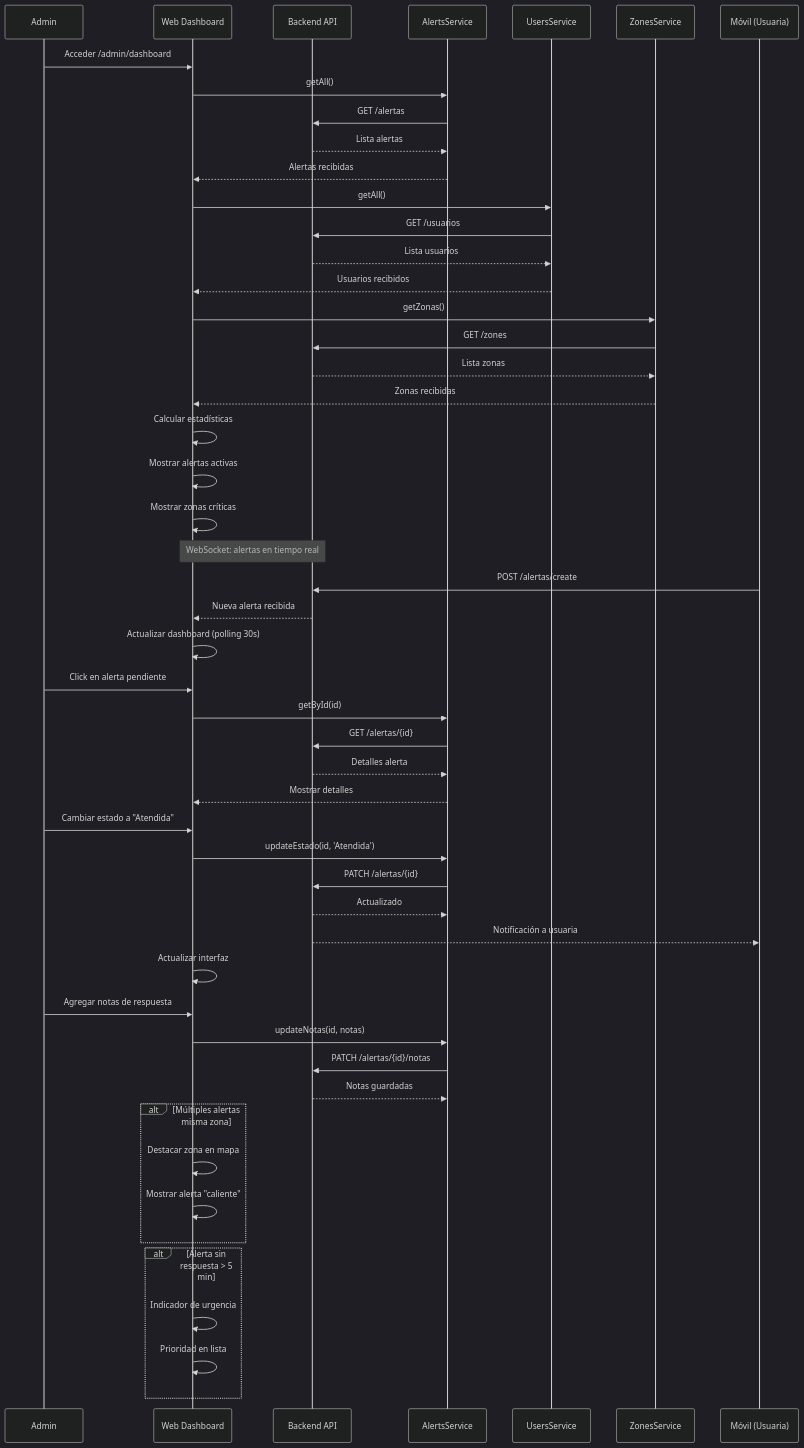
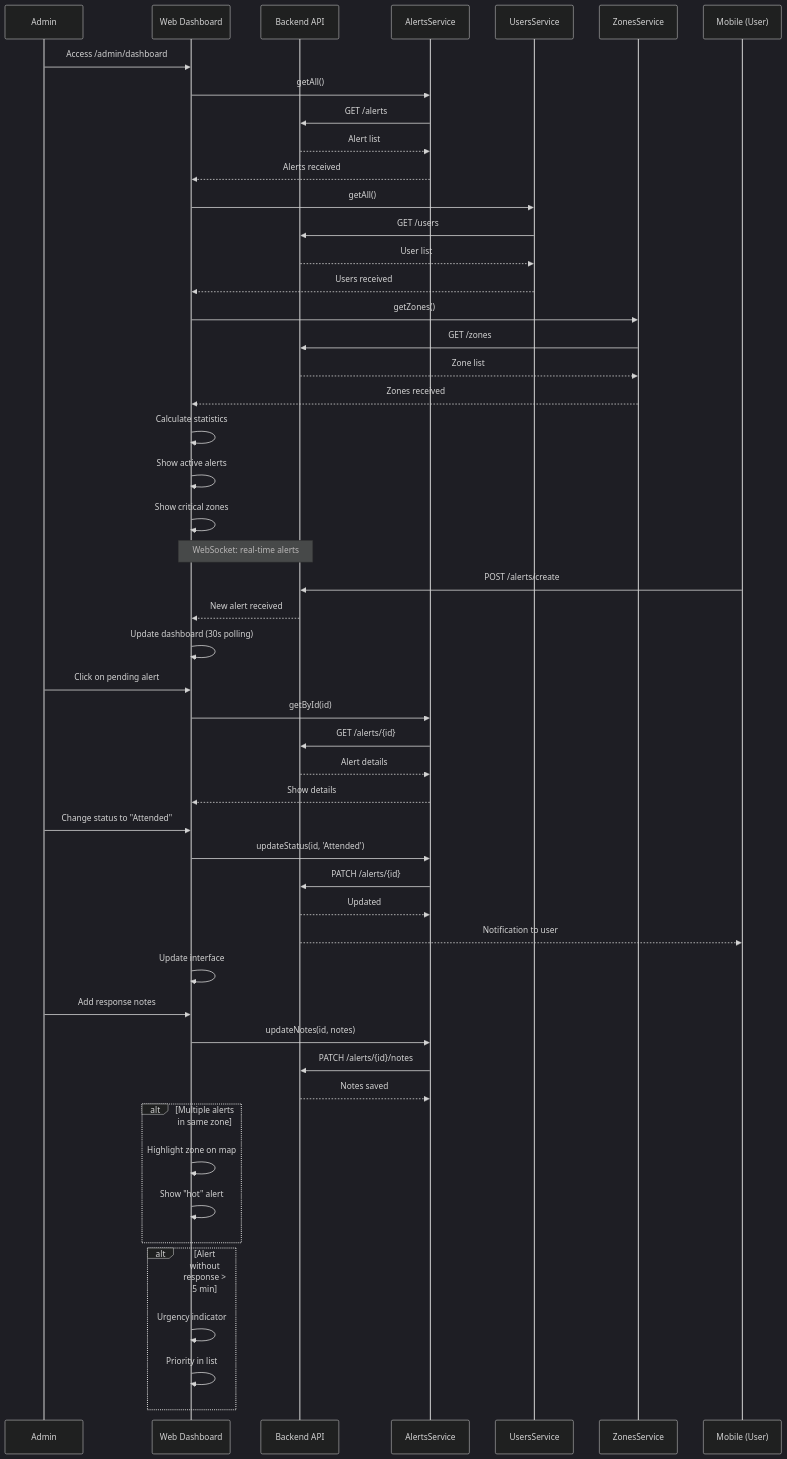
The third of 3 diagrams in 12-ux-ui/navigation-map.md (code-sena/wal-docs), drawn with Mermaid (dark theme) before and after one commit. The commit also changed other lines of this file and 17 other files, not shown here.

Commit message:
docs: update core documentation across modules, architecture, and requirements

````diff
--- a/12-ux-ui/navigation-map.md
+++ b/12-ux-ui/navigation-map.md
@@ -289,63 +289,63 @@
 ```mermaid
 sequenceDiagram
     participant A as Admin
     participant WD as Web Dashboard
     participant API as Backend API
     participant AS as AlertsService
     participant US as UsersService
     participant ZS as ZonesService
-    participant M as Móvil (Usuaria)
+    participant M as Mobile (User)
 
-    A->>WD: Acceder /admin/dashboard
+    A->>WD: Access /admin/dashboard
     WD->>AS: getAll()
-    AS->>API: GET /alertas
-    API-->>AS: Lista alertas
-    AS-->>WD: Alertas recibidas
-    
+    AS->>API: GET /alerts
+    API-->>AS: Alert list
+    AS-->>WD: Alerts received
+
     WD->>US: getAll()
-    US->>API: GET /usuarios
-    API-->>US: Lista usuarios
-    US-->>WD: Usuarios recibidos
-    
-    WD->>ZS: getZonas()
+    US->>API: GET /users
+    API-->>US: User list
+    US-->>WD: Users received
+
+    WD->>ZS: getZones()
     ZS->>API: GET /zones
-    API-->>ZS: Lista zonas
-    ZS-->>WD: Zonas recibidas
-    
-    WD->>WD: Calcular estadísticas
-    WD->>WD: Mostrar alertas activas
-    WD->>WD: Mostrar zonas críticas
-    
-    Note over WD,API: WebSocket: alertas en tiempo real
-    M->>API: POST /alertas/create
-    API-->>WD: Nueva alerta recibida
-    WD->>WD: Actualizar dashboard (polling 30s)
-    
-    A->>WD: Click en alerta pendiente
+    API-->>ZS: Zone list
+    ZS-->>WD: Zones received
+
+    WD->>WD: Calculate statistics
+    WD->>WD: Show active alerts
+    WD->>WD: Show critical zones
+
+    Note over WD,API: WebSocket: real-time alerts
+    M->>API: POST /alerts/create
+    API-->>WD: New alert received
+    WD->>WD: Update dashboard (30s polling)
+
+    A->>WD: Click on pending alert
     WD->>AS: getById(id)
-    AS->>API: GET /alertas/{id}
-    API-->>AS: Detalles alerta
-    AS-->>WD: Mostrar detalles
-    
-    A->>WD: Cambiar estado a "Atendida"
-    WD->>AS: updateEstado(id, 'Atendida')
-    AS->>API: PATCH /alertas/{id}
-    API-->>AS: Actualizado
-    API-->>M: Notificación a usuaria
-    WD->>WD: Actualizar interfaz
-    
-    A->>WD: Agregar notas de respuesta
-    WD->>AS: updateNotas(id, notas)
-    AS->>API: PATCH /alertas/{id}/notas
-    API-->>AS: Notas guardadas
-    
-    alt Múltiples alertas misma zona
-        WD->>WD: Destacar zona en mapa
-        WD->>WD: Mostrar alerta "caliente"
+    AS->>API: GET /alerts/{id}
+    API-->>AS: Alert details
+    AS-->>WD: Show details
+
+    A->>WD: Change status to "Attended"
+    WD->>AS: updateStatus(id, 'Attended')
+    AS->>API: PATCH /alerts/{id}
+    API-->>AS: Updated
+    API-->>M: Notification to user
+    WD->>WD: Update interface
+
+    A->>WD: Add response notes
+    WD->>AS: updateNotes(id, notes)
+    AS->>API: PATCH /alerts/{id}/notes
+    API-->>AS: Notes saved
+
+    alt Multiple alerts in same zone
+        WD->>WD: Highlight zone on map
+        WD->>WD: Show "hot" alert
     end
-    
-    alt Alerta sin respuesta > 5 min
-        WD->>WD: Indicador de urgencia
-        WD->>WD: Prioridad en lista
+
+    alt Alert without response > 5 min
+        WD->>WD: Urgency indicator
+        WD->>WD: Priority in list
     end
 ```
````
